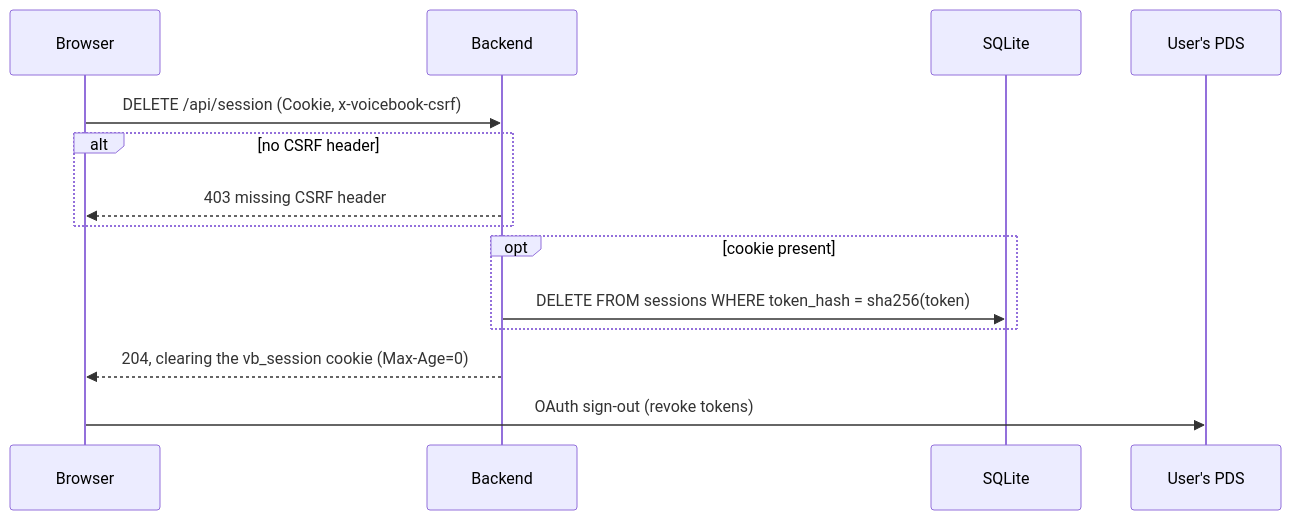
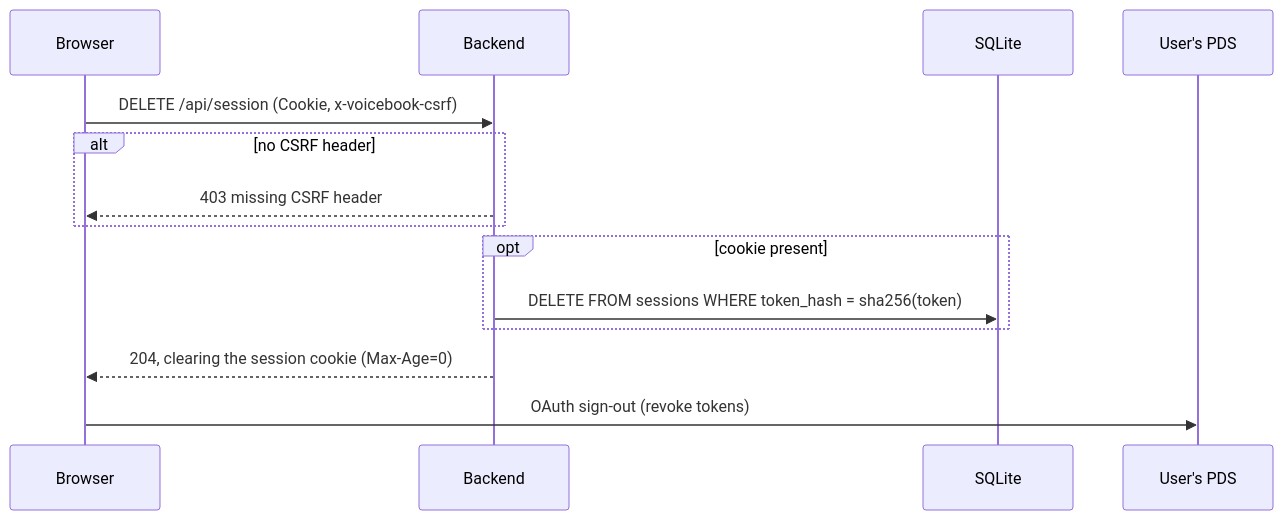
One commit to tessprime/voicebook.club changed the diagram in docs/api/session-delete.md. Above: the diagram before and after it, drawn with Mermaid. The commit also changed other lines of this file and 18 other files, not shown here.

````diff
--- a/docs/api/session-delete.md
+++ b/docs/api/session-delete.md
@@ -36,16 +36,16 @@
 ```mermaid
 sequenceDiagram
     participant B as Browser
     participant A as Backend
     participant D as SQLite
     participant P as User's PDS
     B->>A: DELETE /api/session (Cookie, x-voicebook-csrf)
     alt no CSRF header
         A-->>B: 403 missing CSRF header
     end
     opt cookie present
         A->>D: DELETE FROM sessions WHERE token_hash = sha256(token)
     end
-    A-->>B: 204, clearing the vb_session cookie (Max-Age=0)
+    A-->>B: 204, clearing the session cookie (Max-Age=0)
     B->>P: OAuth sign-out (revoke tokens)
 ```
````
